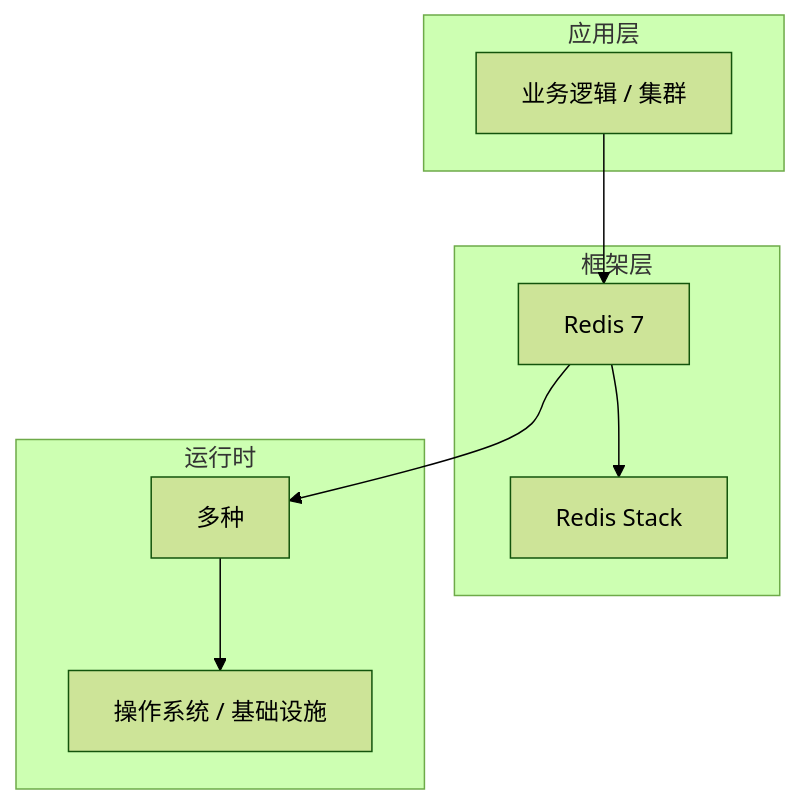
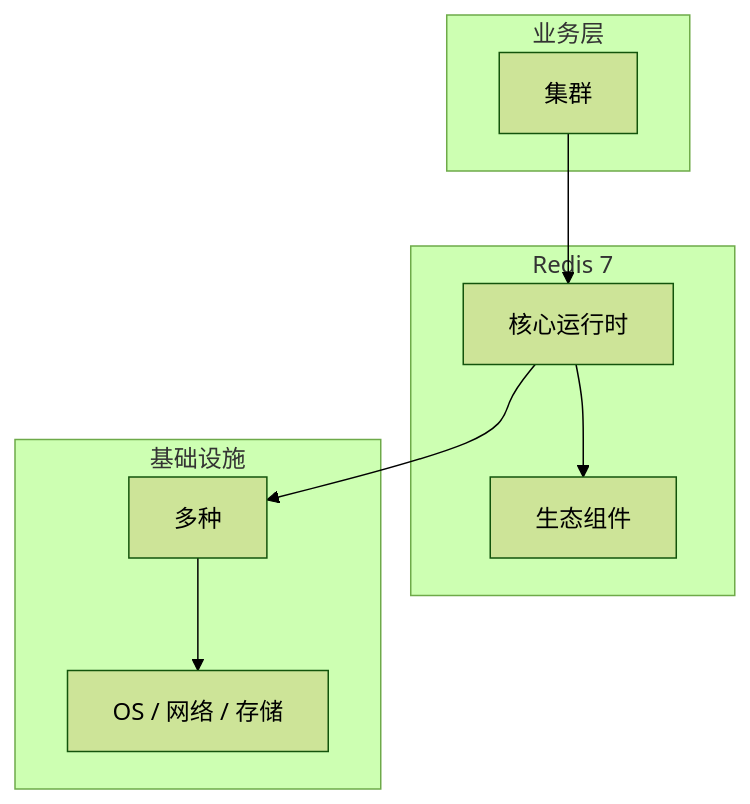
Before and after one commit to yanggan2015/knowledge-json-v2: the diagram in articles/Redis/chapters/085-集群核心概念与原理.md, drawn with Mermaid (forest theme). The commit also changed other lines of this file and 10127 other files, not shown here.

````diff
--- a/articles/Redis/chapters/085-集群核心概念与原理.md
+++ b/articles/Redis/chapters/085-集群核心概念与原理.md
@@ -45,18 +34,18 @@
 ```mermaid
 graph TB
-    subgraph 应用层
-        A[业务逻辑 / 集群]
+    subgraph 业务层
+        A[集群]
     end
-    subgraph 框架层
-        B[Redis 7]
-        C[Redis Stack]
+    subgraph Redis 7
+        B[核心运行时]
+        C[生态组件]
     end
-    subgraph 运行时
+    subgraph 基础设施
         D[多种]
-        E[操作系统 / 基础设施]
+        E[OS / 网络 / 存储]
     end
     A --> B
     B --> C
     B --> D
     D --> E
 ```
````
